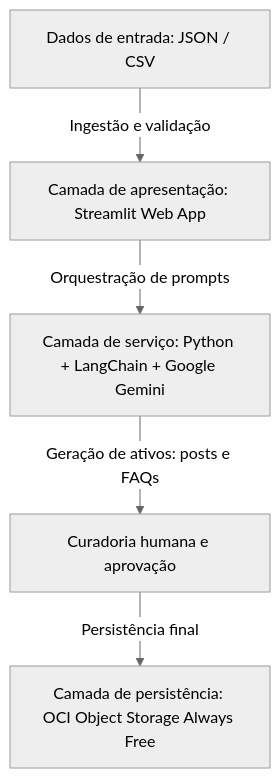
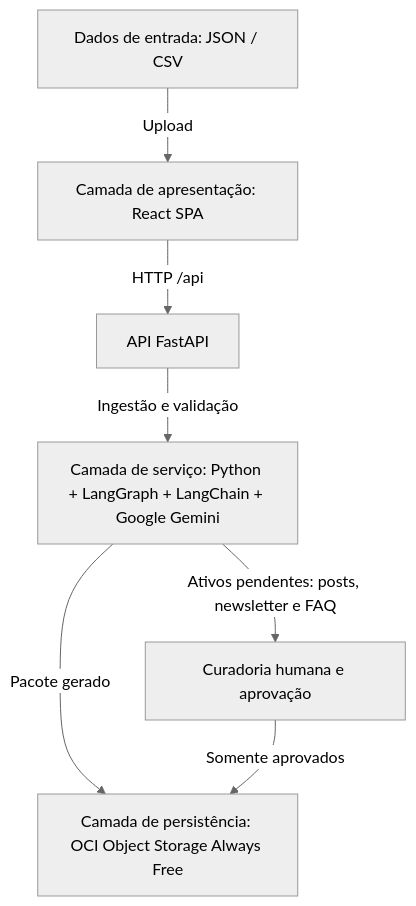
One commit to Coutfernandes/MotorInteligente-G10 changed the diagram in docs/arquitetura.md. Above: the diagram before and after it, drawn with Mermaid (neutral theme). The commit also changed other lines of this file and 83 other files, not shown here.

First line of the commit message:
feat: pipeline completo com IA, curadoria e frontend React (F02, F05-F08, F10-F12)

````diff
--- a/docs/arquitetura.md
+++ b/docs/arquitetura.md
@@ -13,7 +13,9 @@
 ```mermaid
 flowchart TD
-    A["Dados de entrada: JSON / CSV"] -->|"Ingestão e validação"| B["Camada de apresentação: Streamlit Web App"]
-    B -->|"Orquestração de prompts"| C["Camada de serviço: Python + LangChain + Google Gemini"]
-    C -->|"Geração de ativos: posts e FAQs"| D["Curadoria humana e aprovação"]
-    D -->|"Persistência final"| E["Camada de persistência: OCI Object Storage Always Free"]
+    A["Dados de entrada: JSON / CSV"] -->|"Upload"| B["Camada de apresentação: React SPA"]
+    B -->|"HTTP /api"| F["API FastAPI"]
+    F -->|"Ingestão e validação"| C["Camada de serviço: Python + LangGraph + LangChain + Google Gemini"]
+    C -->|"Pacote gerado"| E["Camada de persistência: OCI Object Storage Always Free"]
+    C -->|"Ativos pendentes: posts, newsletter e FAQ"| D["Curadoria humana e aprovação"]
+    D -->|"Somente aprovados"| E
 ```
````
